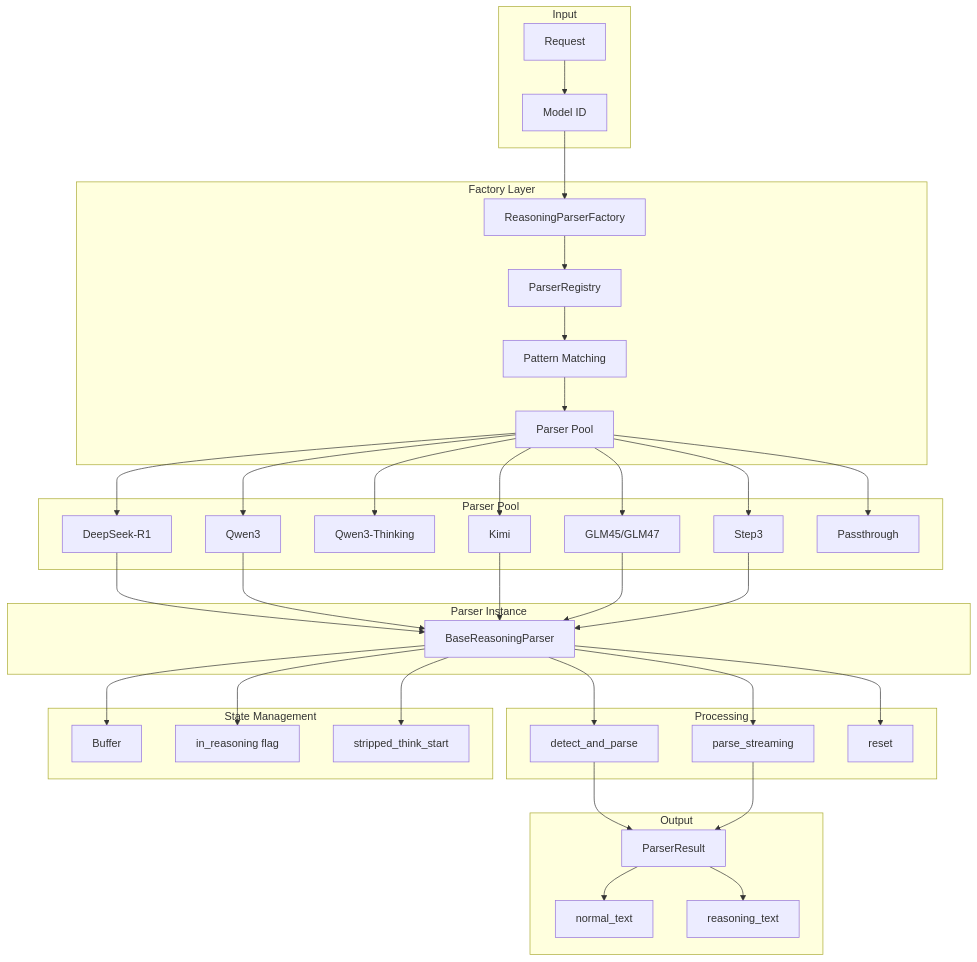
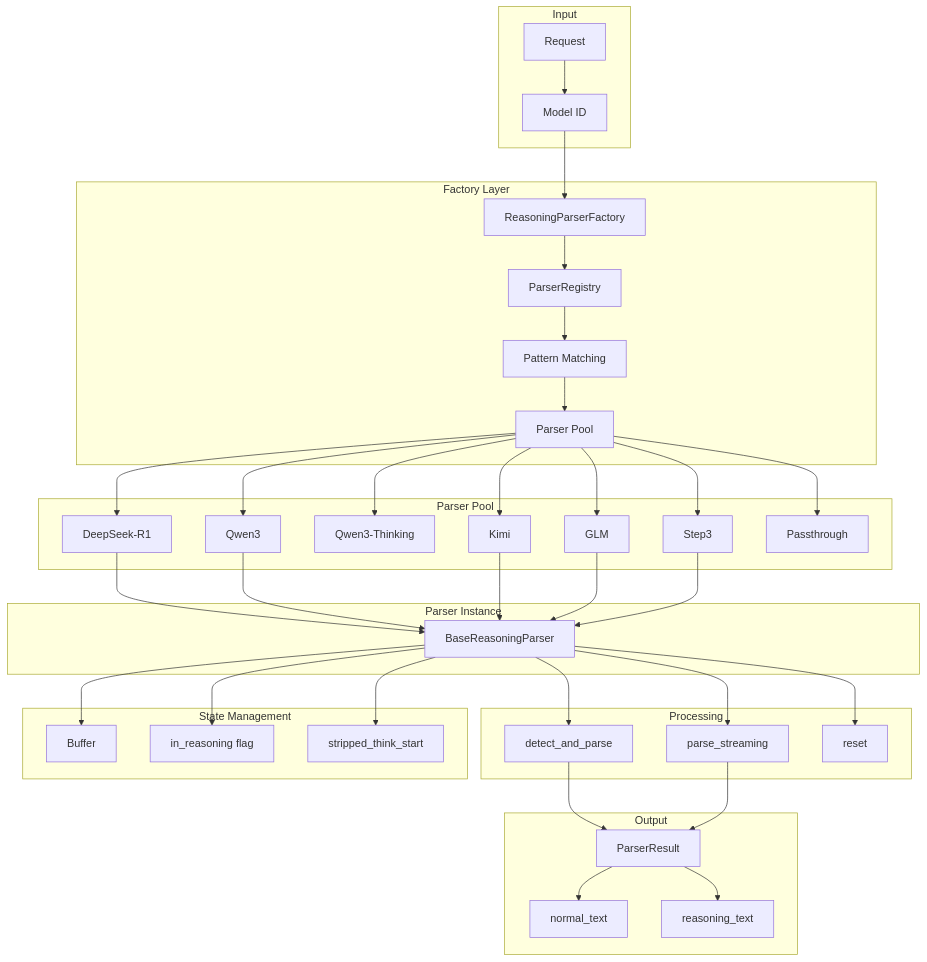
One commit to lightseekorg/smg changed the first of 3 diagrams in crates/reasoning_parser/src/README.md. Above: the diagram before and after it, drawn with Mermaid. The commit also changed other lines of this file and 5 other files, not shown here.

````diff
--- a/crates/reasoning_parser/src/README.md
+++ b/crates/reasoning_parser/src/README.md
@@ -40,50 +40,50 @@
 ```mermaid
 graph TB
     subgraph Input
         R[Request] --> MID[Model ID]
     end
 
     subgraph Factory Layer
         MID --> PF[ReasoningParserFactory]
         PF --> REG[ParserRegistry]
         REG --> PM[Pattern Matching]
         PM --> PP[Parser Pool]
     end
 
     subgraph Parser Pool
         PP --> DS[DeepSeek-R1]
         PP --> QW[Qwen3]
         PP --> QWT[Qwen3-Thinking]
         PP --> KM[Kimi]
-        PP --> GL[GLM45/GLM47]
+        PP --> GL[GLM]
         PP --> S3[Step3]
         PP --> PT[Passthrough]
     end
 
     subgraph Parser Instance
         DS --> BP[BaseReasoningParser]
         QW --> BP
         KM --> BP
         GL --> BP
         S3 --> BP
     end
 
     subgraph Processing
         BP --> DAP[detect_and_parse]
         BP --> PSI[parse_streaming]
         BP --> RST[reset]
     end
 
     subgraph State Management
         BP --> BUF[Buffer]
         BP --> IR[in_reasoning flag]
         BP --> STS[stripped_think_start]
     end
 
     subgraph Output
         DAP --> PR[ParserResult]
         PSI --> PR
         PR --> NT[normal_text]
         PR --> RT[reasoning_text]
     end
 ```
````
